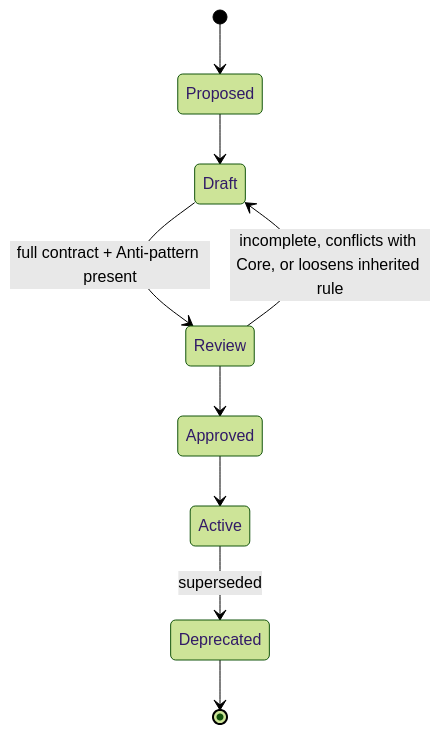
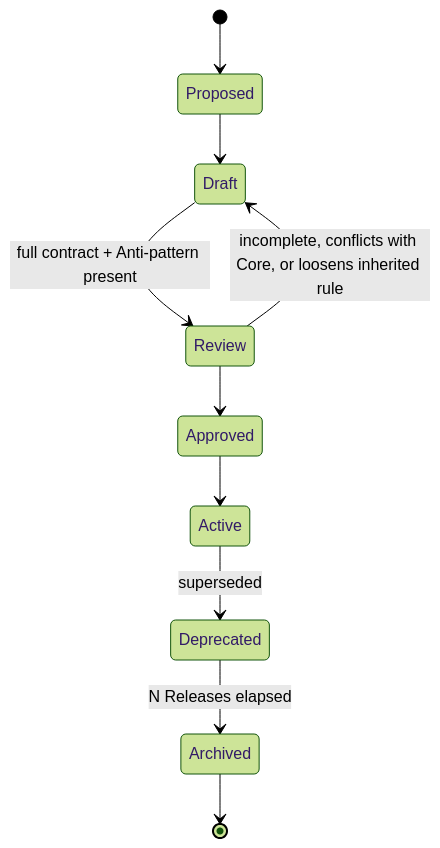
One commit to DeathHunterX/guardrail-hub changed the fourth of 4 diagrams in .ai/standards/README.md. Above: the diagram before and after it, drawn with Mermaid (forest theme). The commit also changed other lines of this file and 73 other files, not shown here.

First line of the commit message:
feat(aios): establish AIOS v1.0 architecture and transition to steady state

````diff
--- a/.ai/standards/README.md
+++ b/.ai/standards/README.md
@@ -93,11 +95,12 @@
 ```mermaid
 stateDiagram-v2
     [*] --> Proposed
     Proposed --> Draft
     Draft --> Review: full contract + Anti-pattern present
     Review --> Draft: incomplete, conflicts with Core, or loosens inherited rule
     Review --> Approved
     Approved --> Active
     Active --> Deprecated: superseded
-    Deprecated --> [*]
+    Deprecated --> Archived: N Releases elapsed
+    Archived --> [*]
 ```
````
